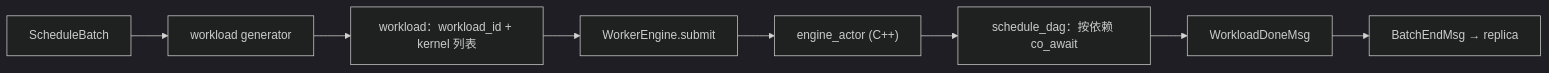
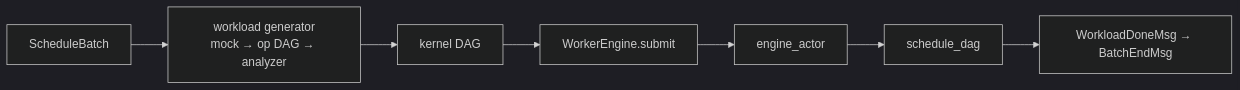
One commit to james-plur/HybridSim changed the diagram in docs/engine.md. Above: the diagram before and after it, drawn with Mermaid (dark theme). The commit also changed other lines of this file and 12 other files, not shown here.

````diff
--- a/docs/engine.md
+++ b/docs/engine.md
@@ -20,10 +22,9 @@
 ```mermaid
 flowchart LR
-  B["ScheduleBatch"] --> G["workload generator"]
-  G --> WL["workload：workload_id + kernel 列表"]
+  B["ScheduleBatch"] --> G["workload generator<br/>mock → op DAG → analyzer"]
+  G --> WL["kernel DAG"]
   WL --> WE["WorkerEngine.submit"]
-  WE --> EA["engine_actor (C++)"]
-  EA --> DAG["schedule_dag：按依赖 co_await"]
-  DAG --> DONE["WorkloadDoneMsg"]
-  DONE --> CB["BatchEndMsg → replica"]
+  WE --> EA["engine_actor"]
+  EA --> DAG["schedule_dag"]
+  DAG --> DONE["WorkloadDoneMsg → BatchEndMsg"]
 ```
````
